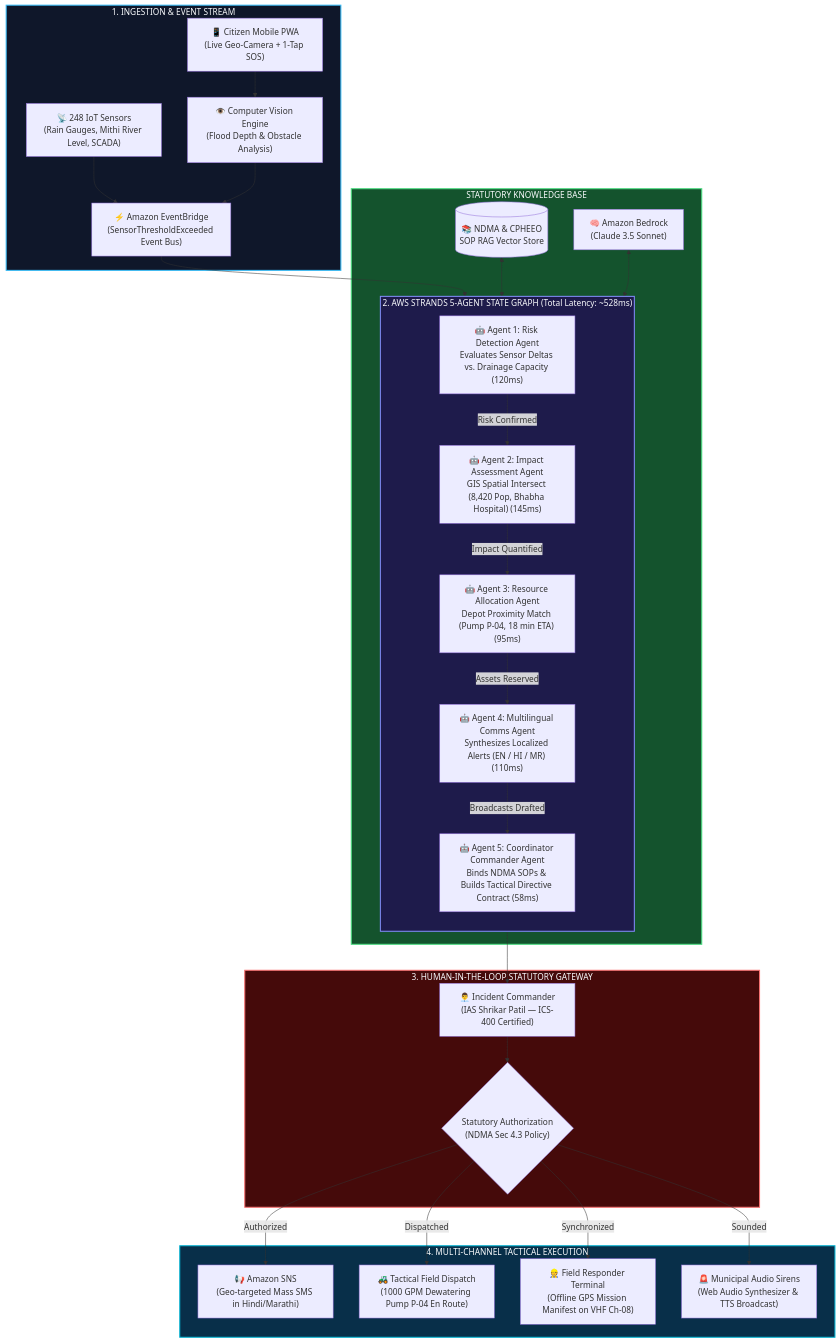
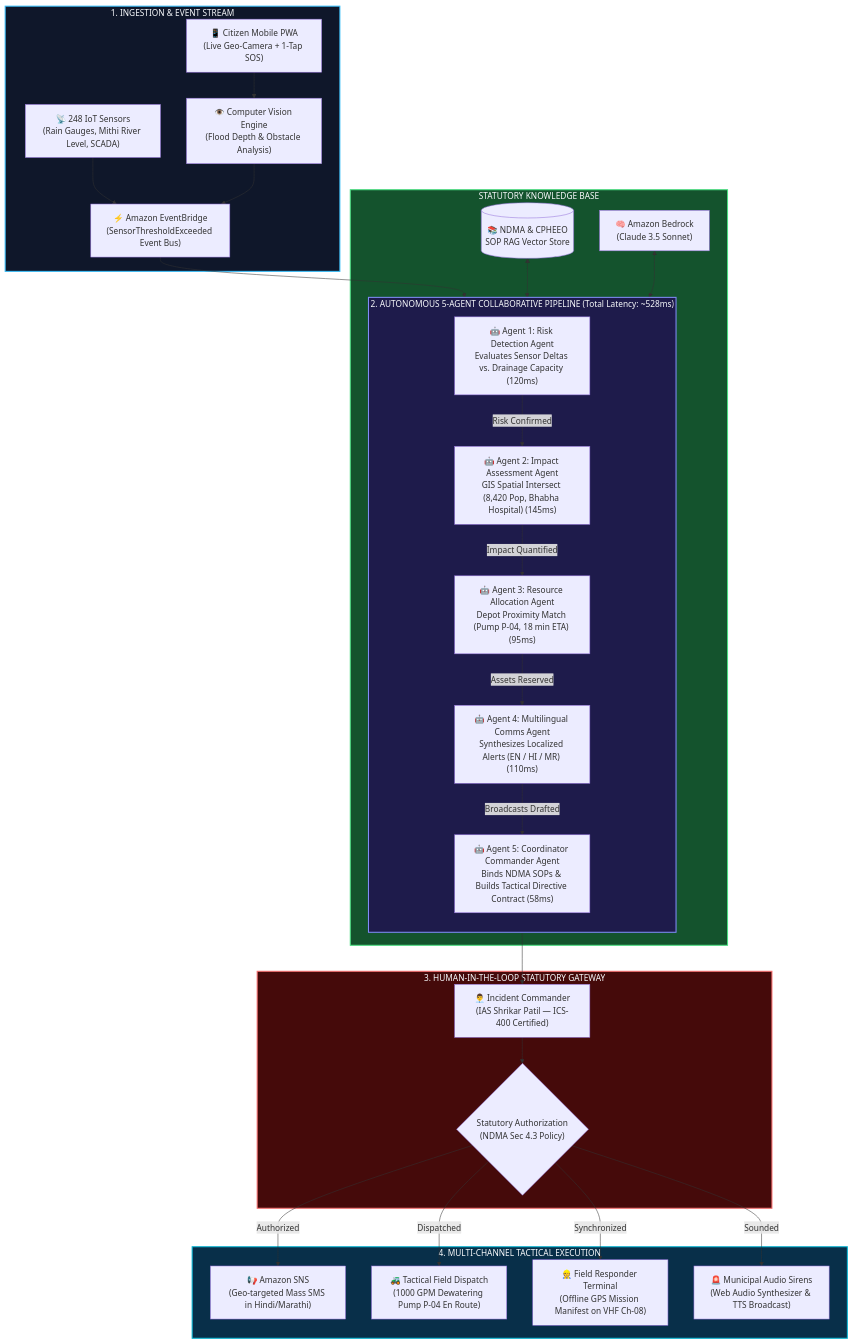
The first of 3 diagrams in README.md (RiyanshiVerma-11/JalRakshak-AI), drawn with Mermaid before and after one commit. The commit also changed other lines of this file and 6 other files, not shown here.

Commit message:
feat: add .env.example with AWS setup links, automatic .env loader, and align architecture claims

````diff
--- a/README.md
+++ b/README.md
@@ -43,61 +43,61 @@
 ```mermaid
 flowchart TD
     subgraph INGESTION["1. INGESTION & EVENT STREAM"]
         IoT["📡 248 IoT Sensors<br/>(Rain Gauges, Mithi River Level, SCADA)"]
         CitizenApp["📱 Citizen Mobile PWA<br/>(Live Geo-Camera + 1-Tap SOS)"]
         CV["👁️ Computer Vision Engine<br/>(Flood Depth & Obstacle Analysis)"]
         EventBridge["⚡ Amazon EventBridge<br/>(SensorThresholdExceeded Event Bus)"]
         
         CitizenApp --> CV
         IoT --> EventBridge
         CV --> EventBridge
     end
 
-    subgraph STRANDS["2. AWS STRANDS 5-AGENT STATE GRAPH (Total Latency: ~528ms)"]
+    subgraph STRANDS["2. AUTONOMOUS 5-AGENT COLLABORATIVE PIPELINE (Total Latency: ~528ms)"]
         direction TB
         A1["🤖 Agent 1: Risk Detection Agent<br/>Evaluates Sensor Deltas vs. Drainage Capacity (120ms)"]
         A2["🤖 Agent 2: Impact Assessment Agent<br/>GIS Spatial Intersect (8,420 Pop, Bhabha Hospital) (145ms)"]
         A3["🤖 Agent 3: Resource Allocation Agent<br/>Depot Proximity Match (Pump P-04, 18 min ETA) (95ms)"]
         A4["🤖 Agent 4: Multilingual Comms Agent<br/>Synthesizes Localized Alerts (EN / HI / MR) (110ms)"]
         A5["🤖 Agent 5: Coordinator Commander Agent<br/>Binds NDMA SOPs & Builds Tactical Directive Contract (58ms)"]
         
         EventBridge --> A1
         A1 -->|Risk Confirmed| A2
         A2 -->|Impact Quantified| A3
         A3 -->|Assets Reserved| A4
         A4 -->|Broadcasts Drafted| A5
     end
 
     subgraph RAG["STATUTORY KNOWLEDGE BASE"]
         RAGEngine[("📚 NDMA & CPHEEO<br/>SOP RAG Vector Store")]
         RAGEngine <--> A5
         Bedrock["🧠 Amazon Bedrock<br/>(Claude 3.5 Sonnet)"]
         Bedrock <--> STRANDS
     end
 
     subgraph HITL["3. HUMAN-IN-THE-LOOP STATUTORY GATEWAY"]
         Commander["👨‍💼 Incident Commander<br/>(IAS Shrikar Patil — ICS-400 Certified)"]
         RBAC{"Statutory Authorization<br/>(NDMA Sec 4.3 Policy)"}
         
         A5 --> Commander
         Commander --> RBAC
     end
 
     subgraph EXECUTION["4. MULTI-CHANNEL TACTICAL EXECUTION"]
         SNS["📢 Amazon SNS<br/>(Geo-targeted Mass SMS in Hindi/Marathi)"]
         Pumps["🚜 Tactical Field Dispatch<br/>(1000 GPM Dewatering Pump P-04 En Route)"]
         FieldOps["👷 Field Responder Terminal<br/>(Offline GPS Mission Manifest on VHF Ch-08)"]
         Sirens["🚨 Municipal Audio Sirens<br/>(Web Audio Synthesizer & TTS Broadcast)"]
         
         RBAC -->|Authorized| SNS
         RBAC -->|Dispatched| Pumps
         RBAC -->|Synchronized| FieldOps
         RBAC -->|Sounded| Sirens
     end
 
     style INGESTION fill:#0f172a,stroke:#38bdf8,stroke-width:2px,color:#f8fafc
     style STRANDS fill:#1e1b4b,stroke:#818cf8,stroke-width:2px,color:#f8fafc
     style RAG fill:#14532d,stroke:#4ade80,stroke-width:2px,color:#f8fafc
     style HITL fill:#450a0a,stroke:#f87171,stroke-width:2px,color:#f8fafc
     style EXECUTION fill:#082f49,stroke:#06b6d4,stroke-width:2px,color:#f8fafc
 ```
````
